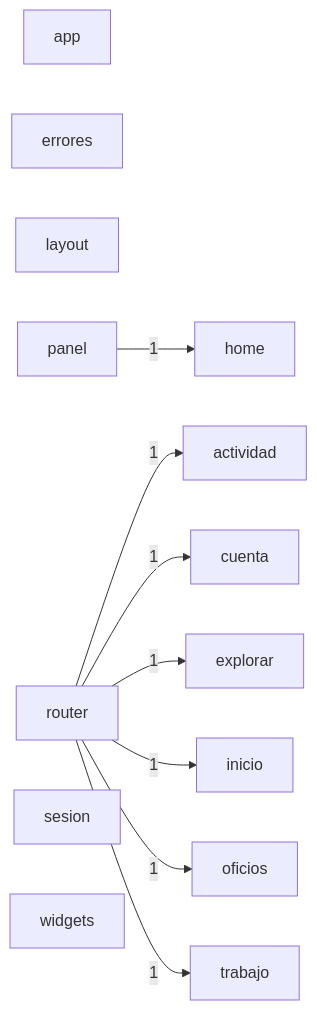
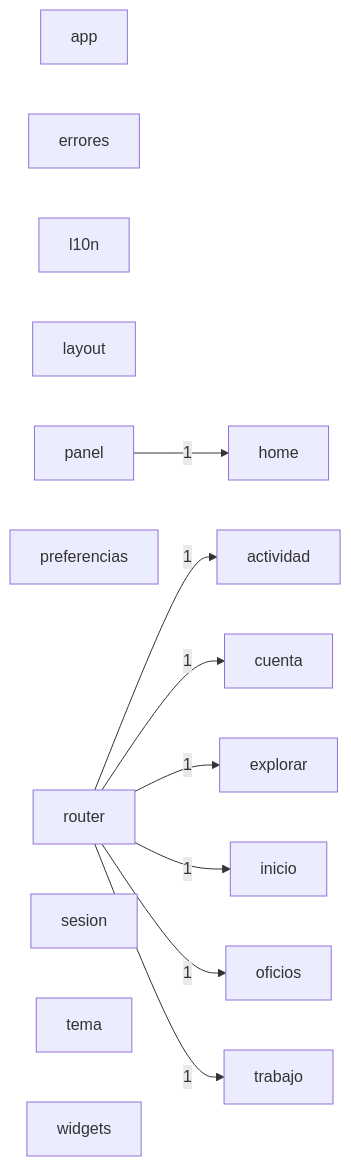
Before and after one commit to JulianH2/knock-frontend: the diagram in docs/architecture/modules.mmd, drawn with Mermaid. The commit also changed 27 other files, not shown here.

```diff
--- a/docs/architecture/modules.mmd
+++ b/docs/architecture/modules.mmd
@@ -1,22 +1,25 @@
 graph LR
   actividad["actividad"]
   app["app"]
   cuenta["cuenta"]
   errores["errores"]
   explorar["explorar"]
   home["home"]
   inicio["inicio"]
+  l10n["l10n"]
   layout["layout"]
   oficios["oficios"]
   panel["panel"]
+  preferencias["preferencias"]
   router["router"]
   sesion["sesion"]
+  tema["tema"]
   trabajo["trabajo"]
   widgets["widgets"]
   panel -->|1| home
   router -->|1| actividad
   router -->|1| cuenta
   router -->|1| explorar
   router -->|1| inicio
   router -->|1| oficios
   router -->|1| trabajo
```
